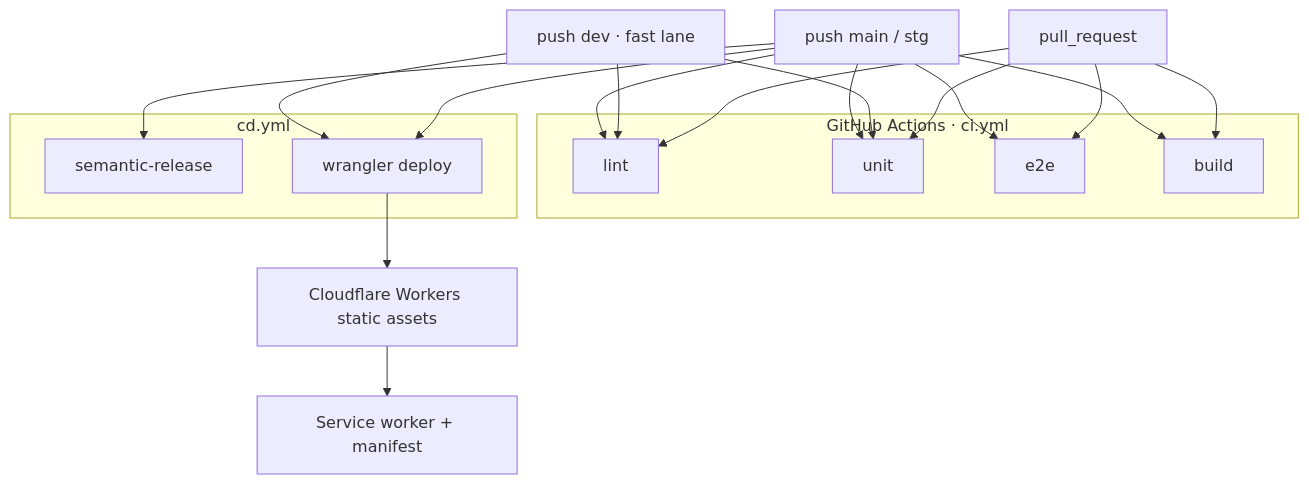
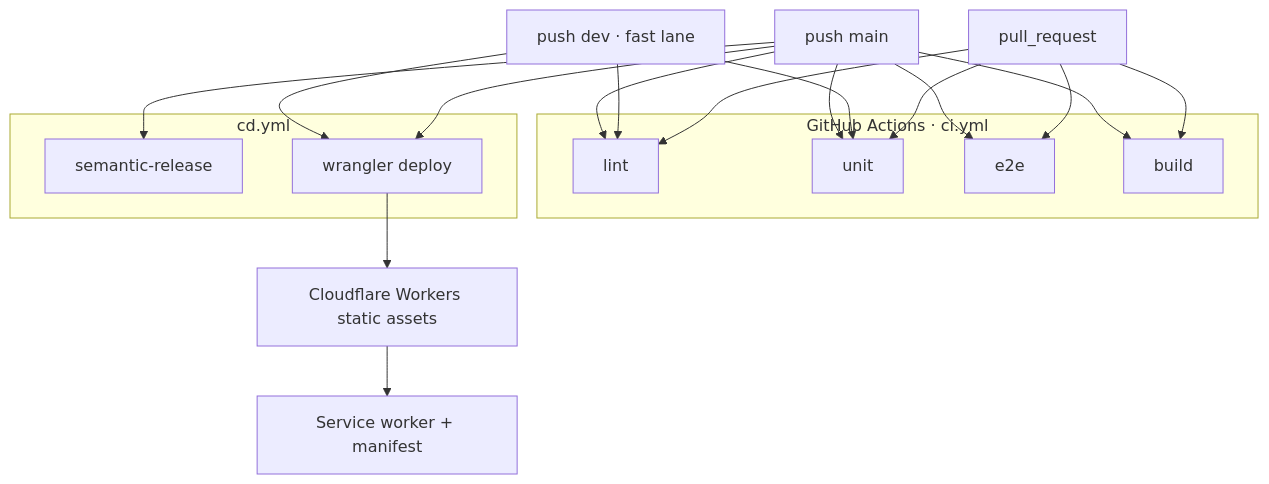
One commit to kwami-labs/kwami-app changed the diagram in docs/architecture/deployment.md. Above: the diagram before and after it, drawn with Mermaid. The commit also changed other lines of this file and 25 other files, not shown here.

````diff
--- a/docs/architecture/deployment.md
+++ b/docs/architecture/deployment.md
@@ -5,32 +5,32 @@
 ```mermaid
 flowchart TB
   subgraph CI["GitHub Actions · ci.yml"]
     L[lint]
     U[unit]
     E[e2e]
     B[build]
   end
 
   PR[pull_request] --> L
   PR --> U
   PR --> E
   PR --> B
   PushDev[push dev · fast lane] --> L
   PushDev --> U
-  PushRel[push main / stg] --> L
+  PushRel[push main] --> L
   PushRel --> U
   PushRel --> E
   PushRel --> B
 
   subgraph CD["cd.yml"]
     R[semantic-release]
     D[wrangler deploy]
   end
 
   PushRel --> R
   PushRel --> D
   PushDev --> D
 
   D --> Host[Cloudflare Workers static assets]
   Host --> SW[Service worker + manifest]
 ```
````
